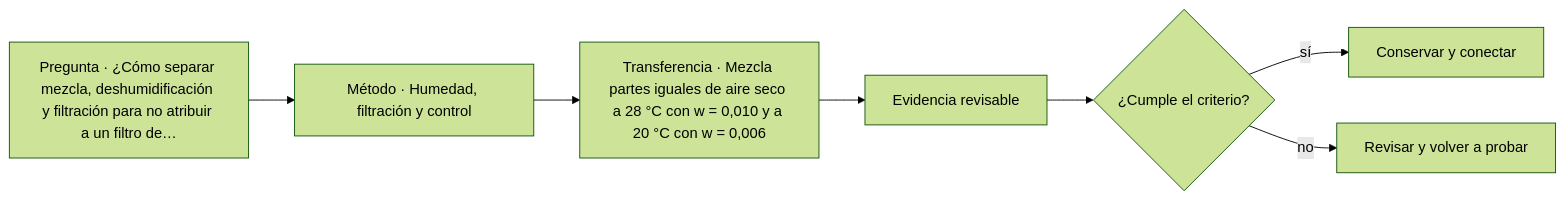
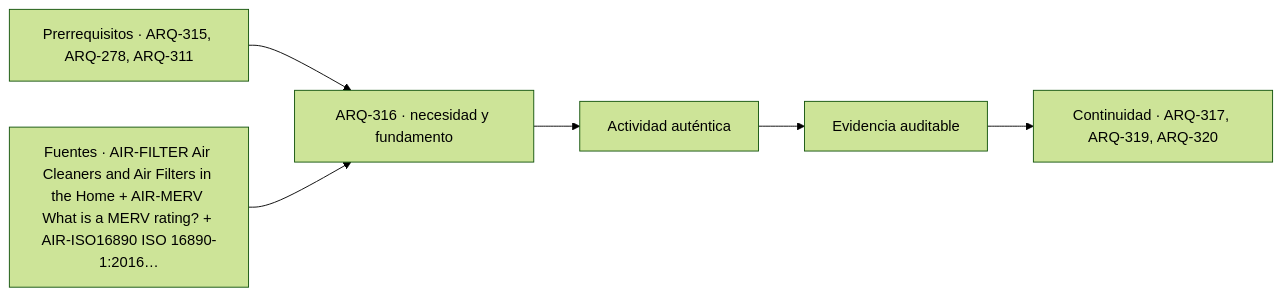
One commit to vladimiracunadev-create/architecture-built-environment-learning-program changed the diagram in classes/parte-32/ARQ-316.md. Above: the diagram before and after it, drawn with Mermaid (forest theme). The commit also changed other lines of this file and 761 other files, not shown here.

````diff
--- a/classes/parte-32/ARQ-316.md
+++ b/classes/parte-32/ARQ-316.md
@@ -99,9 +111,8 @@
 ```mermaid
 flowchart LR
-    Q["Pregunta · ¿Cómo separar mezcla, deshumidificación y filtración para no atribuir a un filtro de…"] --> M["Método · Humedad, filtración y control"]
-    M --> P["Transferencia · Mezcla partes iguales de aire seco a 28 °C con w = 0,010 y a 20 °C con w = 0,006"]
-    P --> E["Evidencia revisable"]
-    E --> C{"¿Cumple el criterio?"}
-    C -->|sí| T["Conservar y conectar"]
-    C -->|no| R["Revisar y volver a probar"]
+    A["Prerrequisitos · ARQ-315, ARQ-278, ARQ-311"] --> B["ARQ-316 · necesidad y fundamento"]
+    S["Fuentes · AIR-FILTER Air Cleaners and Air Filters in the Home + AIR-MERV What is a MERV rating? + AIR-ISO16890 ISO 16890-1:2016…"] --> B
+    B --> C["Actividad auténtica"]
+    C --> D["Evidencia auditable"]
+    D --> E["Continuidad · ARQ-317, ARQ-319, ARQ-320"]
 ```
````
